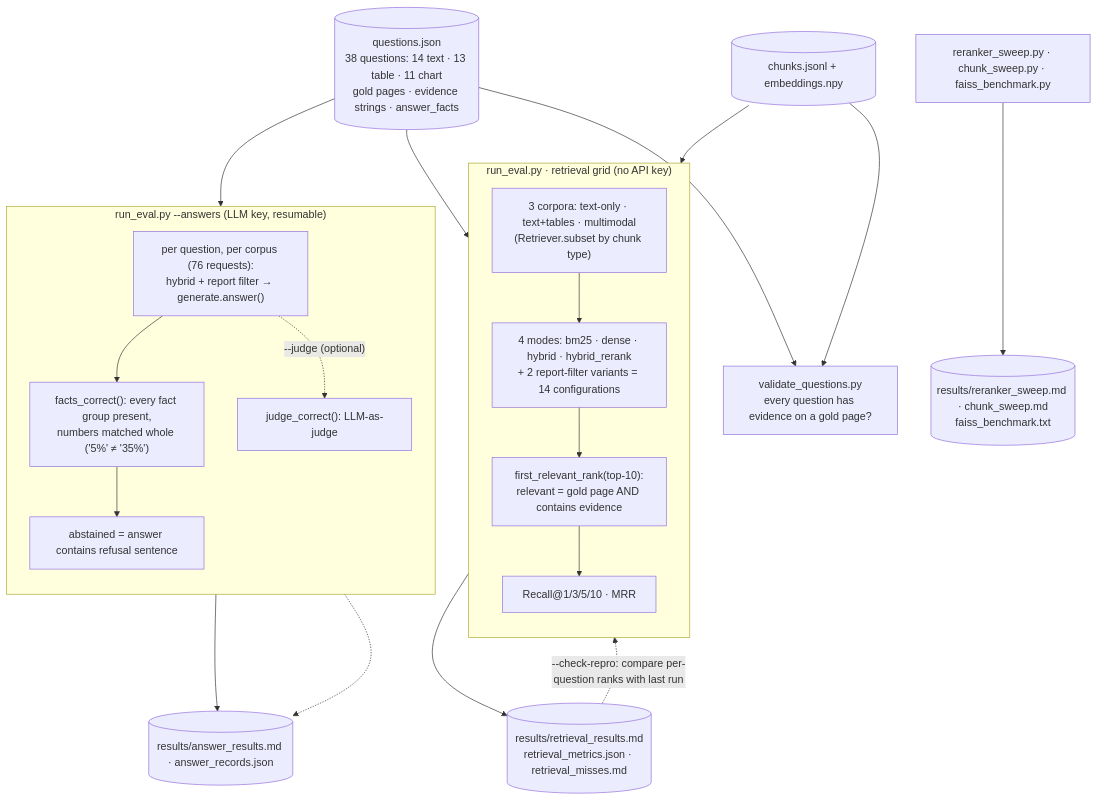
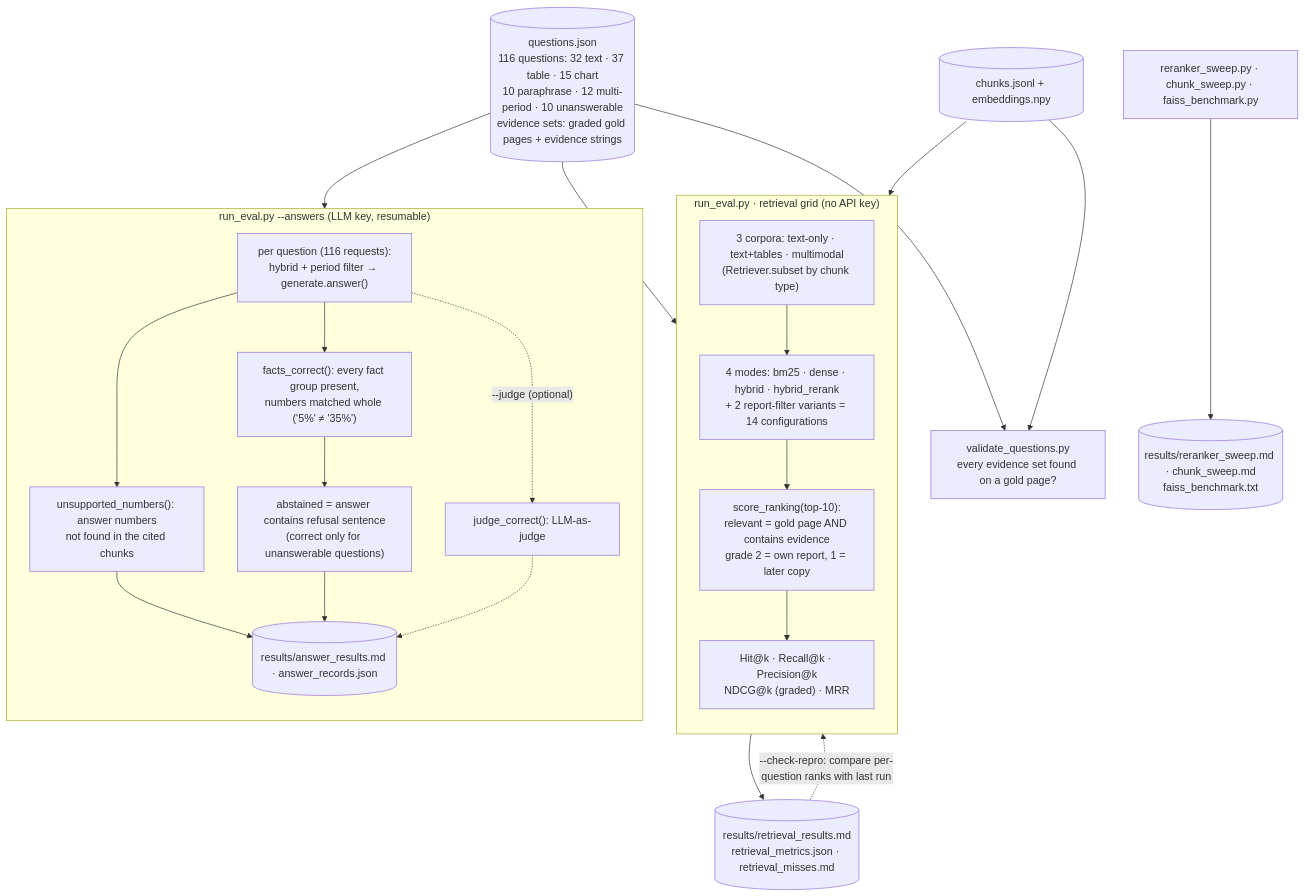
The diagram in docs/architecture/06-evaluation.mmd (KSJanjua/finrag), drawn with Mermaid before and after one commit. The commit also changed 25 other files, not shown here.

First line of the commit message:
Query parser, per-period search and token-based table splits

```diff
--- a/docs/architecture/06-evaluation.mmd
+++ b/docs/architecture/06-evaluation.mmd
@@ -1,28 +1,30 @@
 %% 06 · Evaluation workflow: labels -> retrieval grid -> answer correctness -> reports.
 %% Source of truth: scripts/validate_questions.py, scripts/run_eval.py, src/finrag/evaluate.py
 flowchart TB
-    qs[("questions.json<br/>38 questions: 14 text · 13 table · 11 chart<br/>gold pages · evidence strings · answer_facts")] --> val["validate_questions.py<br/>every question has evidence on a gold page?"]
+    qs[("questions.json<br/>116 questions: 32 text · 37 table · 15 chart<br/>10 paraphrase · 12 multi-period · 10 unanswerable<br/>evidence sets: graded gold pages + evidence strings")] --> val["validate_questions.py<br/>every evidence set found on a gold page?"]
     idx[("chunks.jsonl + embeddings.npy")] --> val
 
     qs --> grid
     idx --> grid
     subgraph grid["run_eval.py · retrieval grid (no API key)"]
         direction TB
         corp["3 corpora: text-only · text+tables · multimodal<br/>(Retriever.subset by chunk type)"] --> modes["4 modes: bm25 · dense · hybrid · hybrid_rerank<br/>+ 2 report-filter variants = 14 configurations"]
-        modes --> rel["first_relevant_rank(top-10):<br/>relevant = gold page AND contains evidence"]
-        rel --> met["Recall@1/3/5/10 · MRR"]
+        modes --> rel["score_ranking(top-10):<br/>relevant = gold page AND contains evidence<br/>grade 2 = own report, 1 = later copy"]
+        rel --> met["Hit@k · Recall@k · Precision@k<br/>NDCG@k (graded) · MRR"]
     end
     met --> rr[("results/retrieval_results.md<br/>retrieval_metrics.json · retrieval_misses.md")]
     rr -. "--check-repro: compare per-question ranks with last run" .-> met
 
     qs --> ans
     subgraph ans["run_eval.py --answers (LLM key, resumable)"]
         direction TB
-        gen["per question, per corpus (76 requests):<br/>hybrid + report filter → generate.answer()"] --> fm["facts_correct(): every fact group present,<br/>numbers matched whole ('5%' ≠ '35%')"]
-        fm --> abst["abstained = answer contains refusal sentence"]
+        gen["per question (116 requests):<br/>hybrid + period filter → generate.answer()"] --> fm["facts_correct(): every fact group present,<br/>numbers matched whole ('5%' ≠ '35%')"]
+        fm --> abst["abstained = answer contains refusal sentence<br/>(correct only for unanswerable questions)"]
+        gen --> un["unsupported_numbers(): answer numbers<br/>not found in the cited chunks"]
+        un --> ar
         gen -. "--judge (optional)" .-> judge["judge_correct(): LLM-as-judge"]
     end
     abst --> ar[("results/answer_results.md · answer_records.json")]
     judge -.-> ar
 
     sweeps["reranker_sweep.py · chunk_sweep.py · faiss_benchmark.py"] --> sr[("results/reranker_sweep.md · chunk_sweep.md<br/>faiss_benchmark.txt")]
```
